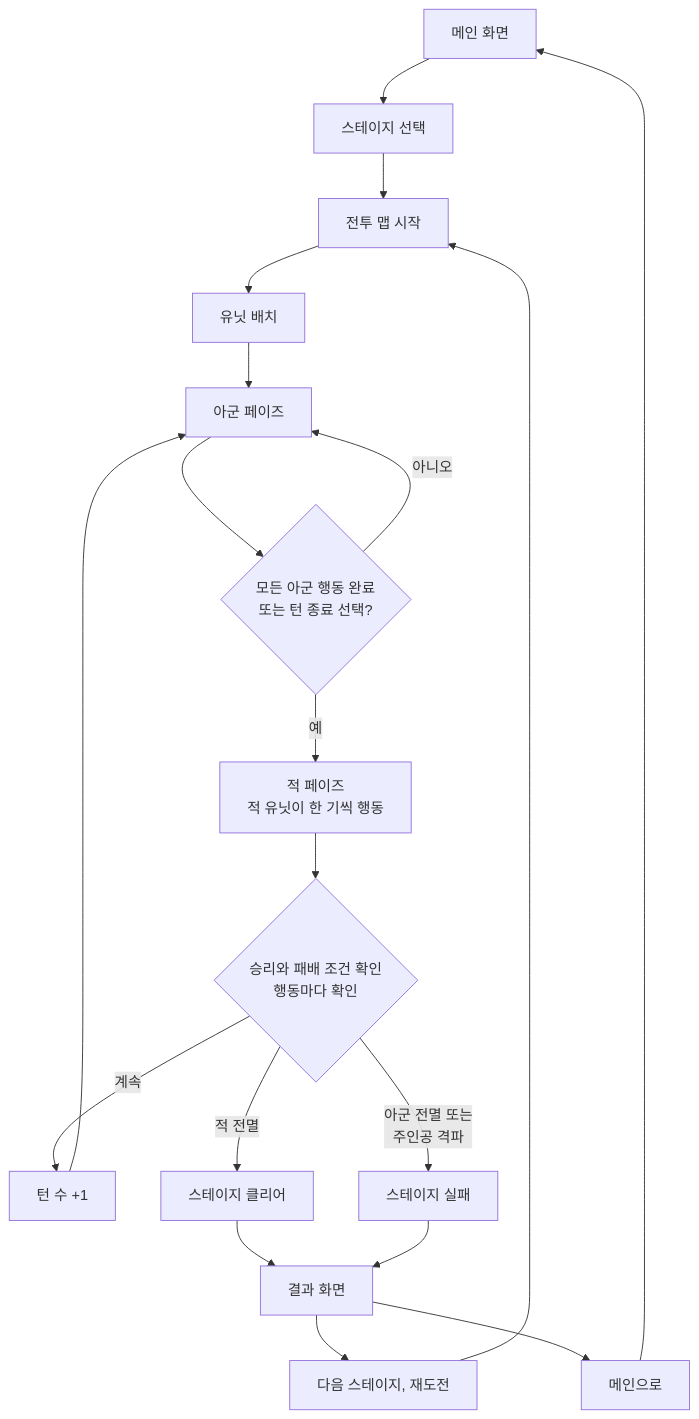
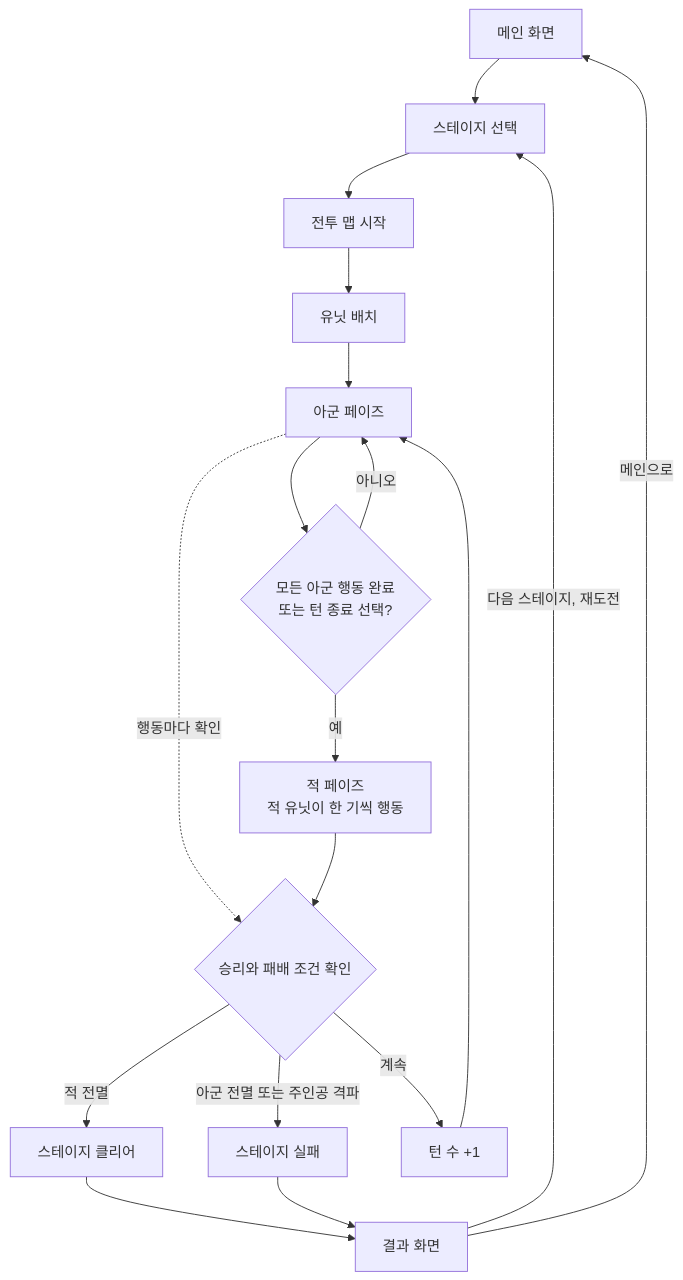
Before and after one commit to jayy5288sk/Unity3DAIProgramming: the first of 3 diagrams in 미션가이드_마크다운/미션가이드_개인_그리드_턴제_전략.md, drawn with Mermaid. The commit also changed other lines of this file and 1 other file, not shown here.

````diff
--- a/미션가이드_마크다운/미션가이드_개인_그리드_턴제_전략.md
+++ b/미션가이드_마크다운/미션가이드_개인_그리드_턴제_전략.md
@@ -48,21 +48,20 @@
 ```mermaid
 flowchart TD
     A[메인 화면] --> B[스테이지 선택]
     B --> C[전투 맵 시작]
     C --> D[유닛 배치]
     D --> E[아군 페이즈]
     E --> F{모든 아군 행동 완료<br/>또는 턴 종료 선택?}
     F -- 아니오 --> E
     F -- 예 --> G[적 페이즈<br/>적 유닛이 한 기씩 행동]
-    G --> H{승리와 패배 조건 확인<br/>행동마다 확인}
-    H -- 계속 --> I[턴 수 +1]
-    I --> E
-    H -- 적 전멸 --> J[스테이지 클리어]
-    H -- 아군 전멸 또는<br/>주인공 격파 --> K[스테이지 실패]
-    J --> L[결과 화면]
-    K --> L
-    L --> M[다음 스테이지, 재도전]
-    L --> N[메인으로]
-    M --> C
-    N --> A
+    E -. 행동마다 확인 .-> H
+    G --> H{승리와 패배 조건 확인}
+    H -- 적 전멸 --> I[스테이지 클리어]
+    H -- 아군 전멸 또는 주인공 격파 --> J[스테이지 실패]
+    H -- 계속 --> K[턴 수 +1]
+    K --> E
+    I --> L[결과 화면]
+    J --> L
+    L -- 다음 스테이지, 재도전 --> B
+    L -- 메인으로 --> A
 ```
````
